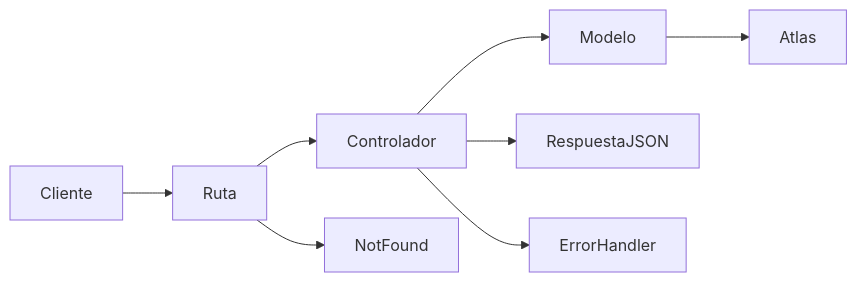
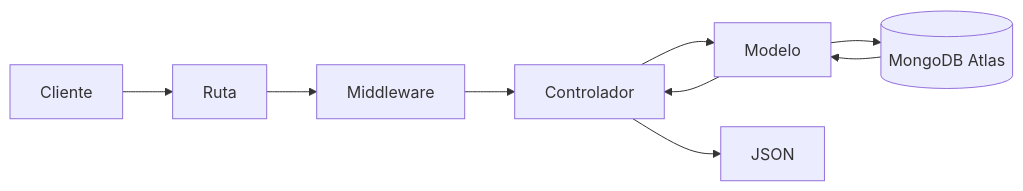
One commit to nadiamoukrimg/nana-nocturna-api changed the diagram in README.md. Above: the diagram before and after it, drawn with Mermaid. The commit also changed other lines of this file, not shown here.

````diff
--- a/README.md
+++ b/README.md
@@ -133,10 +106,11 @@
 ```mermaid
 flowchart LR
     Cliente --> Ruta
-    Ruta --> Controlador
+    Ruta --> Middleware
+    Middleware --> Controlador
     Controlador --> Modelo
-    Modelo --> Atlas
-    Controlador --> RespuestaJSON
-    Controlador --> ErrorHandler
-    Ruta --> NotFound
+    Modelo --> Atlas[(MongoDB Atlas)]
+    Atlas --> Modelo
+    Modelo --> Controlador
+    Controlador --> JSON
 ```
````
